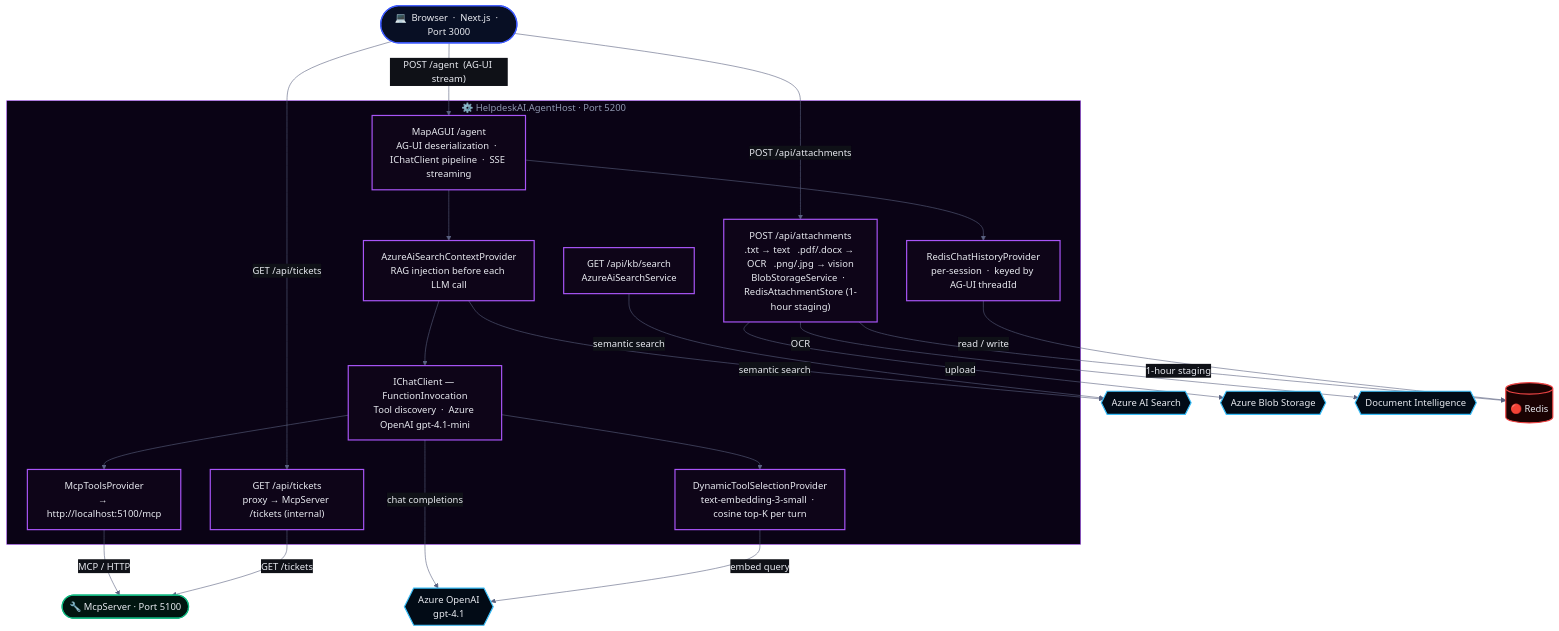
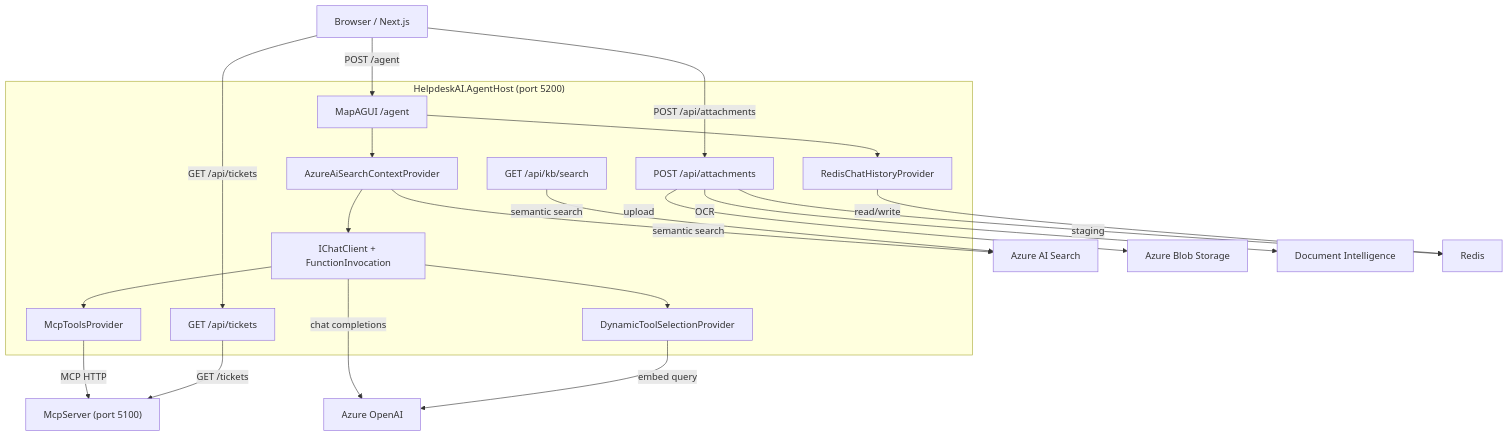
Before and after one commit to sreyanchoudhury/HelpdeskAI.CSharp: the first of 2 diagrams in src/HelpdeskAI.AgentHost/README.md, drawn with Mermaid. The commit also changed other lines of this file and 3 other files, not shown here.

Commit message:
docs: simplify mermaid diagrams for github rendering

````diff
--- a/src/HelpdeskAI.AgentHost/README.md
+++ b/src/HelpdeskAI.AgentHost/README.md
@@ -72,52 +72,43 @@
 ```mermaid
-%%{init: {"theme": "base", "themeVariables": {"primaryColor": "#151820", "primaryTextColor": "#e8eaf0", "primaryBorderColor": "#a855f7", "lineColor": "#5a6280", "secondaryColor": "#0f1117", "tertiaryColor": "#0a0b0f", "clusterBkg": "#0a0315", "titleColor": "#9098b0", "edgeLabelBackground": "#0f1117", "fontFamily": "system-ui, -apple-system, sans-serif"}}}%%
 flowchart TD
-    classDef browser  fill:#080f24,stroke:#3d5afe,color:#e8eaf0,stroke-width:2px
-    classDef core     fill:#0e0518,stroke:#a855f7,color:#e8eaf0,stroke-width:2px
-    classDef azure    fill:#020b16,stroke:#38bdf8,color:#e8eaf0,stroke-width:2px
-    classDef redis    fill:#1a0202,stroke:#ef4444,color:#e8eaf0,stroke-width:2px
-    classDef mcp      fill:#011510,stroke:#10b981,color:#e8eaf0,stroke-width:2px
+    BROWSER["Browser / Next.js"]
 
-    BROWSER(["💻  Browser  ·  Next.js  ·  Port 3000"]):::browser
-
-    subgraph AH["⚙️  HelpdeskAI.AgentHost  ·  Port 5200"]
-        AGUI["MapAGUI /agent<br/>AG-UI deserialization  ·  IChatClient pipeline  ·  SSE streaming"]:::core
-        RAG["AzureAiSearchContextProvider<br/>RAG injection before each LLM call"]:::core
-        FI["IChatClient — FunctionInvocation<br/>Tool discovery  ·  Azure OpenAI gpt-4.1-mini"]:::core
-        MCP["McpToolsProvider<br/>→ http://localhost:5100/mcp"]:::core
-        HIST["RedisChatHistoryProvider<br/>per-session  ·  keyed by AG-UI threadId"]:::core
-        ATT["POST /api/attachments<br/>.txt → text   .pdf/.docx → OCR   .png/.jpg → vision<br/>BlobStorageService  ·  RedisAttachmentStore (1-hour staging)"]:::core
-        KB["GET /api/kb/search<br/>AzureAiSearchService"]:::core
-        TKP["GET /api/tickets<br/>proxy → McpServer /tickets (internal)"]:::core
-        DTS["DynamicToolSelectionProvider<br/>text-embedding-3-small  ·  cosine top-K per turn"]:::core
+    subgraph AH["HelpdeskAI.AgentHost (port 5200)"]
+        AGUI["MapAGUI /agent"]
+        RAG["AzureAiSearchContextProvider"]
+        FI["IChatClient + FunctionInvocation"]
+        MCP["McpToolsProvider"]
+        HIST["RedisChatHistoryProvider"]
+        ATT["POST /api/attachments"]
+        KB["GET /api/kb/search"]
+        TKP["GET /api/tickets"]
+        DTS["DynamicToolSelectionProvider"]
     end
 
-    MCPSRV(["🔧  McpServer  ·  Port 5100"]):::mcp
-    AOA{{"Azure OpenAI<br/>gpt-4.1"}}:::azure
-    AIS{{"Azure AI Search"}}:::azure
-    ABS{{"Azure Blob Storage"}}:::azure
-    ADI{{"Document Intelligence"}}:::azure
-    REDIS[("🔴  Redis")]:::redis
+    MCPSRV["McpServer (port 5100)"]
+    AOA["Azure OpenAI"]
+    AIS["Azure AI Search"]
+    ABS["Azure Blob Storage"]
+    ADI["Document Intelligence"]
+    REDIS["Redis"]
 
-    style AH fill:#0a0315,stroke:#a855f7,color:#9098b0
-
-    BROWSER -- "POST /agent  (AG-UI stream)" --> AGUI
-    BROWSER -- "POST /api/attachments"       --> ATT
-    BROWSER -- "GET /api/tickets"            --> TKP
+    BROWSER -->|POST /agent| AGUI
+    BROWSER -->|POST /api/attachments| ATT
+    BROWSER -->|GET /api/tickets| TKP
 
     AGUI --> RAG
     AGUI --> HIST
-    RAG  --> FI
-    FI   --> MCP
-    FI   --> DTS
-    FI   -- "chat completions" --> AOA
-    MCP  -- "MCP / HTTP"       --> MCPSRV
-    DTS  -- "embed query"      --> AOA
-    TKP  -- "GET /tickets"     --> MCPSRV
-    RAG  -- "semantic search"  --> AIS
-    KB   -- "semantic search"  --> AIS
-    ATT  -- "upload"           --> ABS
-    ATT  -- "OCR"              --> ADI
-    ATT  -- "1-hour staging"   --> REDIS
-    HIST -- "read / write"     --> REDIS
+    RAG --> FI
+    FI --> MCP
+    FI --> DTS
+    FI -->|chat completions| AOA
+    MCP -->|MCP HTTP| MCPSRV
+    DTS -->|embed query| AOA
+    TKP -->|GET /tickets| MCPSRV
+    RAG -->|semantic search| AIS
+    KB -->|semantic search| AIS
+    ATT -->|upload| ABS
+    ATT -->|OCR| ADI
+    ATT -->|staging| REDIS
+    HIST -->|read/write| REDIS
 ```
````
